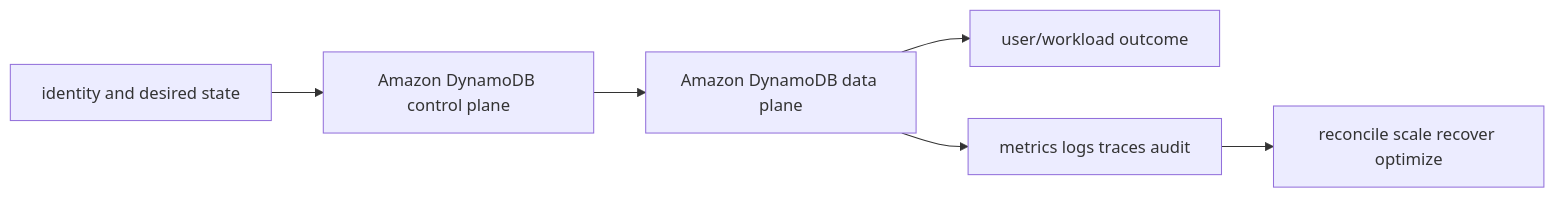
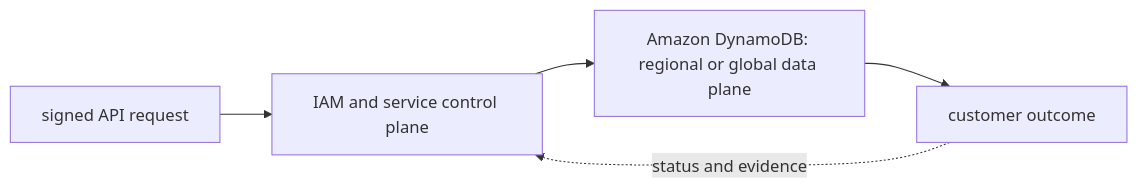
One commit to tomkidumbuyo/DevOps-interview-preparation changed the diagram in 07-aws/07-databases/03-dynamodb/README.md. Above: the diagram before and after it, drawn with Mermaid. The commit also changed other lines of this file and 753 other files, not shown here.

````diff
--- a/07-aws/07-databases/03-dynamodb/README.md
+++ b/07-aws/07-databases/03-dynamodb/README.md
@@ -19,8 +31,7 @@
 ```mermaid
 flowchart LR
-  I[identity and desired state] --> C[Amazon DynamoDB control plane]
-  C --> D[Amazon DynamoDB data plane]
-  D --> U[user/workload outcome]
-  D --> O[metrics logs traces audit]
-  O --> R[reconcile scale recover optimize]
+  A["signed API request"] --> B["IAM and service control plane"]
+  B --> C["Amazon DynamoDB: regional or global data plane"]
+  C --> D["customer outcome"]
+  D -. "status and evidence" .-> B
 ```
````
